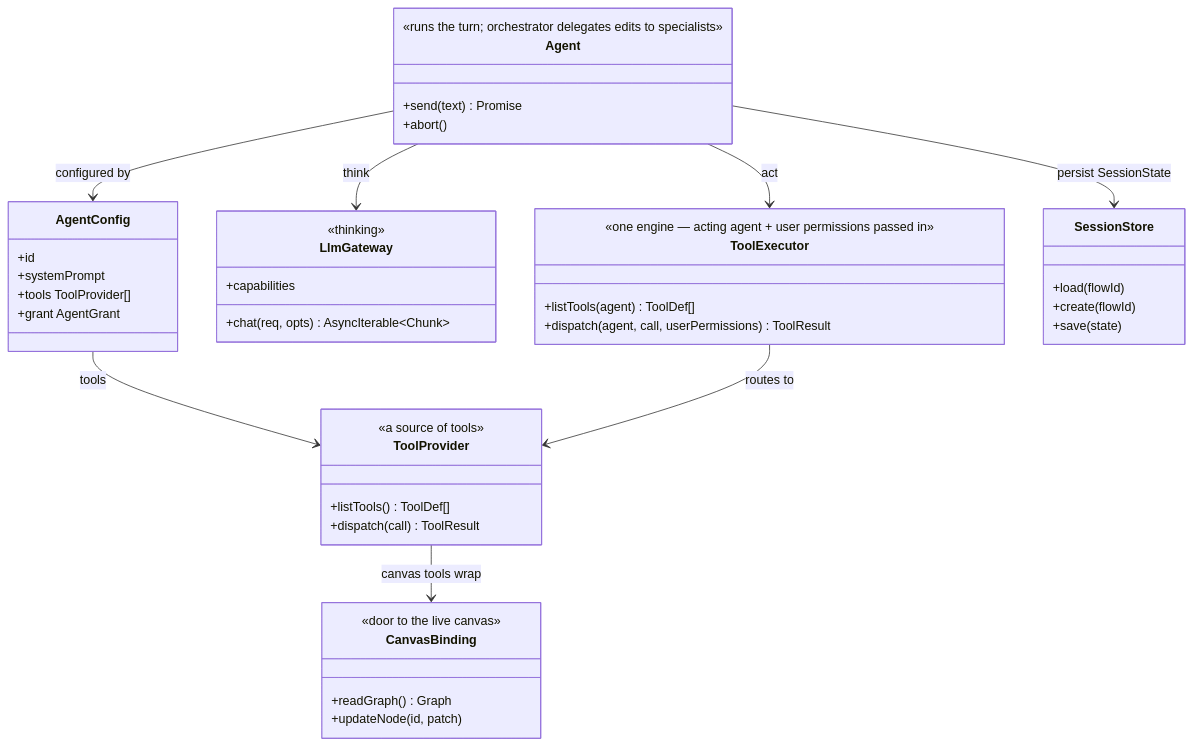
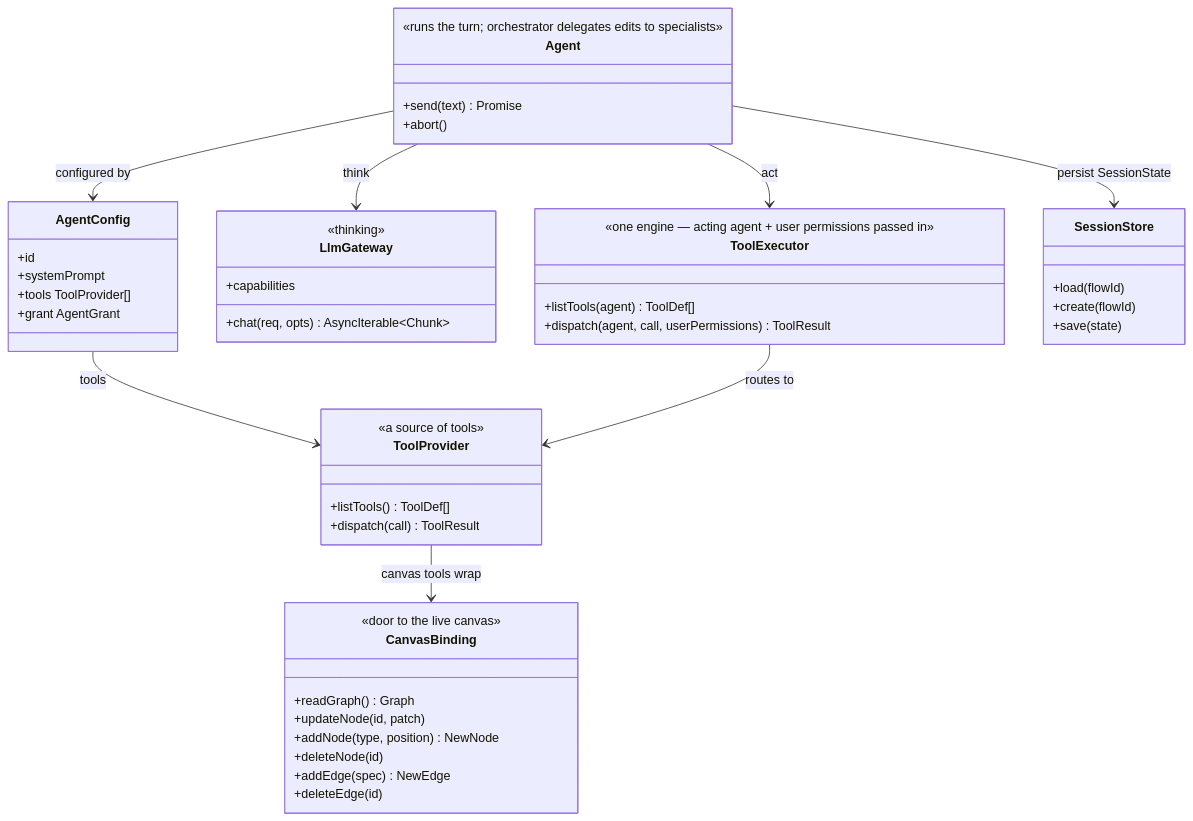
The second of 3 diagrams in docs/browser-agent/design/architecture.md (lemoncloud-io/eureka-flow), drawn with Mermaid before and after one commit. The commit also changed other lines of this file and 33 other files, not shown here.

First line of the commit message:
feat(agent): structural node & edge specialist agents over the live canvas

````diff
--- a/docs/browser-agent/design/architecture.md
+++ b/docs/browser-agent/design/architecture.md
@@ -71,46 +72,50 @@
 ```mermaid
 classDiagram
     class Agent {
         <<runs the turn; orchestrator delegates edits to specialists>>
         +send(text) Promise
         +abort()
     }
     class AgentConfig {
         +id
         +systemPrompt
         +tools ToolProvider[]
         +grant AgentGrant
     }
     class LlmGateway {
         <<thinking>>
         +capabilities
         +chat(req, opts) AsyncIterable~Chunk~
     }
     class ToolExecutor {
         <<one engine — acting agent + user permissions passed in>>
         +listTools(agent) ToolDef[]
         +dispatch(agent, call, userPermissions) ToolResult
     }
     class ToolProvider {
         <<a source of tools>>
         +listTools() ToolDef[]
         +dispatch(call) ToolResult
     }
     class CanvasBinding {
         <<door to the live canvas>>
         +readGraph() Graph
         +updateNode(id, patch)
+        +addNode(type, position) NewNode
+        +deleteNode(id)
+        +addEdge(spec) NewEdge
+        +deleteEdge(id)
     }
     class SessionStore {
         +load(flowId)
         +create(flowId)
         +save(state)
     }
     Agent --> AgentConfig : configured by
     Agent --> LlmGateway : think
     Agent --> ToolExecutor : act
     Agent --> SessionStore : persist SessionState
     AgentConfig --> ToolProvider : tools
     ToolExecutor --> ToolProvider : routes to
     ToolProvider --> CanvasBinding : canvas tools wrap
 ```
````
